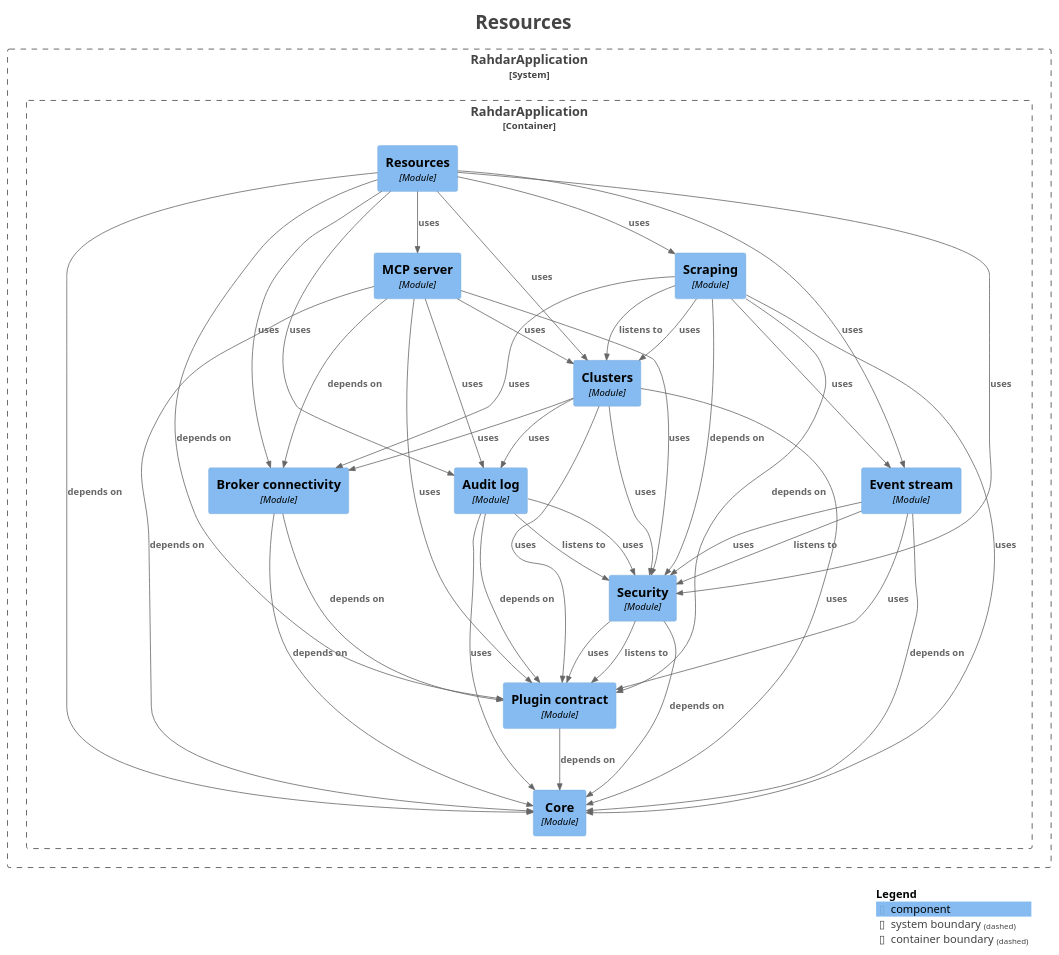
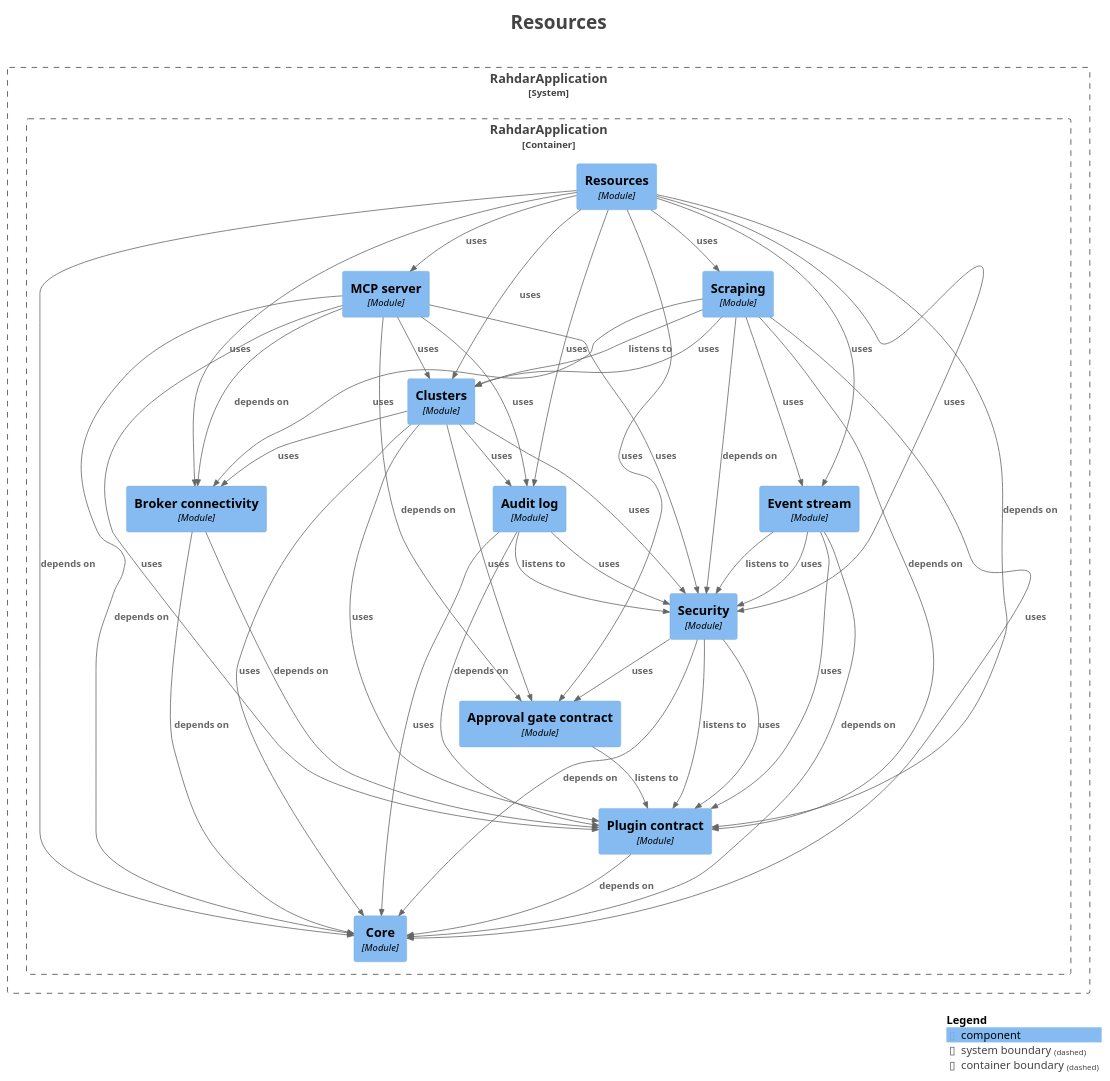
The diagram in docs/modules/module-feature.resources.puml (sudoitir/rahdar), drawn with PlantUML before and after one commit. The commit also changed 130 other files, not shown here.

```diff
--- a/docs/modules/module-feature.resources.puml
+++ b/docs/modules/module-feature.resources.puml
@@ -1,78 +1,84 @@
 @startuml
 title <size:24>Resources</size>
 
 set separator none
 top to bottom direction
 
 <style>
   root {
     BackgroundColor: #ffffff
     FontColor: #444444
   }
 </style>
 
 !include <C4/C4>
 !include <C4/C4_Context>
 !include <C4/C4_Component>
 
 System_Boundary("RahdarApplication_boundary", "RahdarApplication", $tags="") {
   Container_Boundary("RahdarApplication.RahdarApplication_boundary", "RahdarApplication", $tags="") {
+    Component(RahdarApplication.RahdarApplication.Approvalgatecontract, "Approval gate contract", $techn="Module", $descr="", $tags="", $link="")
     Component(RahdarApplication.RahdarApplication.Auditlog, "Audit log", $techn="Module", $descr="", $tags="", $link="")
     Component(RahdarApplication.RahdarApplication.Brokerconnectivity, "Broker connectivity", $techn="Module", $descr="", $tags="", $link="")
     Component(RahdarApplication.RahdarApplication.Clusters, "Clusters", $techn="Module", $descr="", $tags="", $link="")
     Component(RahdarApplication.RahdarApplication.Core, "Core", $techn="Module", $descr="", $tags="", $link="")
     Component(RahdarApplication.RahdarApplication.Eventstream, "Event stream", $techn="Module", $descr="", $tags="", $link="")
     Component(RahdarApplication.RahdarApplication.MCPserver, "MCP server", $techn="Module", $descr="", $tags="", $link="")
     Component(RahdarApplication.RahdarApplication.Plugincontract, "Plugin contract", $techn="Module", $descr="", $tags="", $link="")
     Component(RahdarApplication.RahdarApplication.Resources, "Resources", $techn="Module", $descr="", $tags="", $link="")
     Component(RahdarApplication.RahdarApplication.Scraping, "Scraping", $techn="Module", $descr="", $tags="", $link="")
     Component(RahdarApplication.RahdarApplication.Security, "Security", $techn="Module", $descr="", $tags="", $link="")
   }
 
 }
 
+Rel(RahdarApplication.RahdarApplication.Approvalgatecontract, RahdarApplication.RahdarApplication.Plugincontract, "listens to", $techn="", $tags="", $link="")
 Rel(RahdarApplication.RahdarApplication.Auditlog, RahdarApplication.RahdarApplication.Core, "uses", $techn="", $tags="", $link="")
 Rel(RahdarApplication.RahdarApplication.Auditlog, RahdarApplication.RahdarApplication.Plugincontract, "depends on", $techn="", $tags="", $link="")
 Rel(RahdarApplication.RahdarApplication.Auditlog, RahdarApplication.RahdarApplication.Security, "listens to", $techn="", $tags="", $link="")
 Rel(RahdarApplication.RahdarApplication.Auditlog, RahdarApplication.RahdarApplication.Security, "uses", $techn="", $tags="", $link="")
 Rel(RahdarApplication.RahdarApplication.Brokerconnectivity, RahdarApplication.RahdarApplication.Core, "depends on", $techn="", $tags="", $link="")
 Rel(RahdarApplication.RahdarApplication.Brokerconnectivity, RahdarApplication.RahdarApplication.Plugincontract, "depends on", $techn="", $tags="", $link="")
+Rel(RahdarApplication.RahdarApplication.Clusters, RahdarApplication.RahdarApplication.Approvalgatecontract, "uses", $techn="", $tags="", $link="")
 Rel(RahdarApplication.RahdarApplication.Clusters, RahdarApplication.RahdarApplication.Auditlog, "uses", $techn="", $tags="", $link="")
 Rel(RahdarApplication.RahdarApplication.Clusters, RahdarApplication.RahdarApplication.Brokerconnectivity, "uses", $techn="", $tags="", $link="")
 Rel(RahdarApplication.RahdarApplication.Clusters, RahdarApplication.RahdarApplication.Core, "uses", $techn="", $tags="", $link="")
 Rel(RahdarApplication.RahdarApplication.Clusters, RahdarApplication.RahdarApplication.Plugincontract, "uses", $techn="", $tags="", $link="")
 Rel(RahdarApplication.RahdarApplication.Clusters, RahdarApplication.RahdarApplication.Security, "uses", $techn="", $tags="", $link="")
 Rel(RahdarApplication.RahdarApplication.Eventstream, RahdarApplication.RahdarApplication.Core, "depends on", $techn="", $tags="", $link="")
 Rel(RahdarApplication.RahdarApplication.Eventstream, RahdarApplication.RahdarApplication.Plugincontract, "uses", $techn="", $tags="", $link="")
 Rel(RahdarApplication.RahdarApplication.Eventstream, RahdarApplication.RahdarApplication.Security, "listens to", $techn="", $tags="", $link="")
 Rel(RahdarApplication.RahdarApplication.Eventstream, RahdarApplication.RahdarApplication.Security, "uses", $techn="", $tags="", $link="")
+Rel(RahdarApplication.RahdarApplication.MCPserver, RahdarApplication.RahdarApplication.Approvalgatecontract, "depends on", $techn="", $tags="", $link="")
 Rel(RahdarApplication.RahdarApplication.MCPserver, RahdarApplication.RahdarApplication.Auditlog, "uses", $techn="", $tags="", $link="")
 Rel(RahdarApplication.RahdarApplication.MCPserver, RahdarApplication.RahdarApplication.Brokerconnectivity, "depends on", $techn="", $tags="", $link="")
 Rel(RahdarApplication.RahdarApplication.MCPserver, RahdarApplication.RahdarApplication.Clusters, "uses", $techn="", $tags="", $link="")
 Rel(RahdarApplication.RahdarApplication.MCPserver, RahdarApplication.RahdarApplication.Core, "depends on", $techn="", $tags="", $link="")
 Rel(RahdarApplication.RahdarApplication.MCPserver, RahdarApplication.RahdarApplication.Plugincontract, "uses", $techn="", $tags="", $link="")
 Rel(RahdarApplication.RahdarApplication.MCPserver, RahdarApplication.RahdarApplication.Security, "uses", $techn="", $tags="", $link="")
 Rel(RahdarApplication.RahdarApplication.Plugincontract, RahdarApplication.RahdarApplication.Core, "depends on", $techn="", $tags="", $link="")
+Rel(RahdarApplication.RahdarApplication.Resources, RahdarApplication.RahdarApplication.Approvalgatecontract, "uses", $techn="", $tags="", $link="")
 Rel(RahdarApplication.RahdarApplication.Resources, RahdarApplication.RahdarApplication.Auditlog, "uses", $techn="", $tags="", $link="")
 Rel(RahdarApplication.RahdarApplication.Resources, RahdarApplication.RahdarApplication.Brokerconnectivity, "uses", $techn="", $tags="", $link="")
 Rel(RahdarApplication.RahdarApplication.Resources, RahdarApplication.RahdarApplication.Clusters, "uses", $techn="", $tags="", $link="")
 Rel(RahdarApplication.RahdarApplication.Resources, RahdarApplication.RahdarApplication.Core, "depends on", $techn="", $tags="", $link="")
 Rel(RahdarApplication.RahdarApplication.Resources, RahdarApplication.RahdarApplication.Eventstream, "uses", $techn="", $tags="", $link="")
 Rel(RahdarApplication.RahdarApplication.Resources, RahdarApplication.RahdarApplication.MCPserver, "uses", $techn="", $tags="", $link="")
 Rel(RahdarApplication.RahdarApplication.Resources, RahdarApplication.RahdarApplication.Plugincontract, "depends on", $techn="", $tags="", $link="")
 Rel(RahdarApplication.RahdarApplication.Resources, RahdarApplication.RahdarApplication.Scraping, "uses", $techn="", $tags="", $link="")
 Rel(RahdarApplication.RahdarApplication.Resources, RahdarApplication.RahdarApplication.Security, "uses", $techn="", $tags="", $link="")
 Rel(RahdarApplication.RahdarApplication.Scraping, RahdarApplication.RahdarApplication.Brokerconnectivity, "uses", $techn="", $tags="", $link="")
 Rel(RahdarApplication.RahdarApplication.Scraping, RahdarApplication.RahdarApplication.Clusters, "listens to", $techn="", $tags="", $link="")
 Rel(RahdarApplication.RahdarApplication.Scraping, RahdarApplication.RahdarApplication.Clusters, "uses", $techn="", $tags="", $link="")
 Rel(RahdarApplication.RahdarApplication.Scraping, RahdarApplication.RahdarApplication.Core, "uses", $techn="", $tags="", $link="")
 Rel(RahdarApplication.RahdarApplication.Scraping, RahdarApplication.RahdarApplication.Eventstream, "uses", $techn="", $tags="", $link="")
 Rel(RahdarApplication.RahdarApplication.Scraping, RahdarApplication.RahdarApplication.Plugincontract, "depends on", $techn="", $tags="", $link="")
 Rel(RahdarApplication.RahdarApplication.Scraping, RahdarApplication.RahdarApplication.Security, "depends on", $techn="", $tags="", $link="")
+Rel(RahdarApplication.RahdarApplication.Security, RahdarApplication.RahdarApplication.Approvalgatecontract, "uses", $techn="", $tags="", $link="")
 Rel(RahdarApplication.RahdarApplication.Security, RahdarApplication.RahdarApplication.Core, "depends on", $techn="", $tags="", $link="")
 Rel(RahdarApplication.RahdarApplication.Security, RahdarApplication.RahdarApplication.Plugincontract, "listens to", $techn="", $tags="", $link="")
 Rel(RahdarApplication.RahdarApplication.Security, RahdarApplication.RahdarApplication.Plugincontract, "uses", $techn="", $tags="", $link="")
 
 SHOW_LEGEND(true)
 hide stereotypes
 @enduml
```
